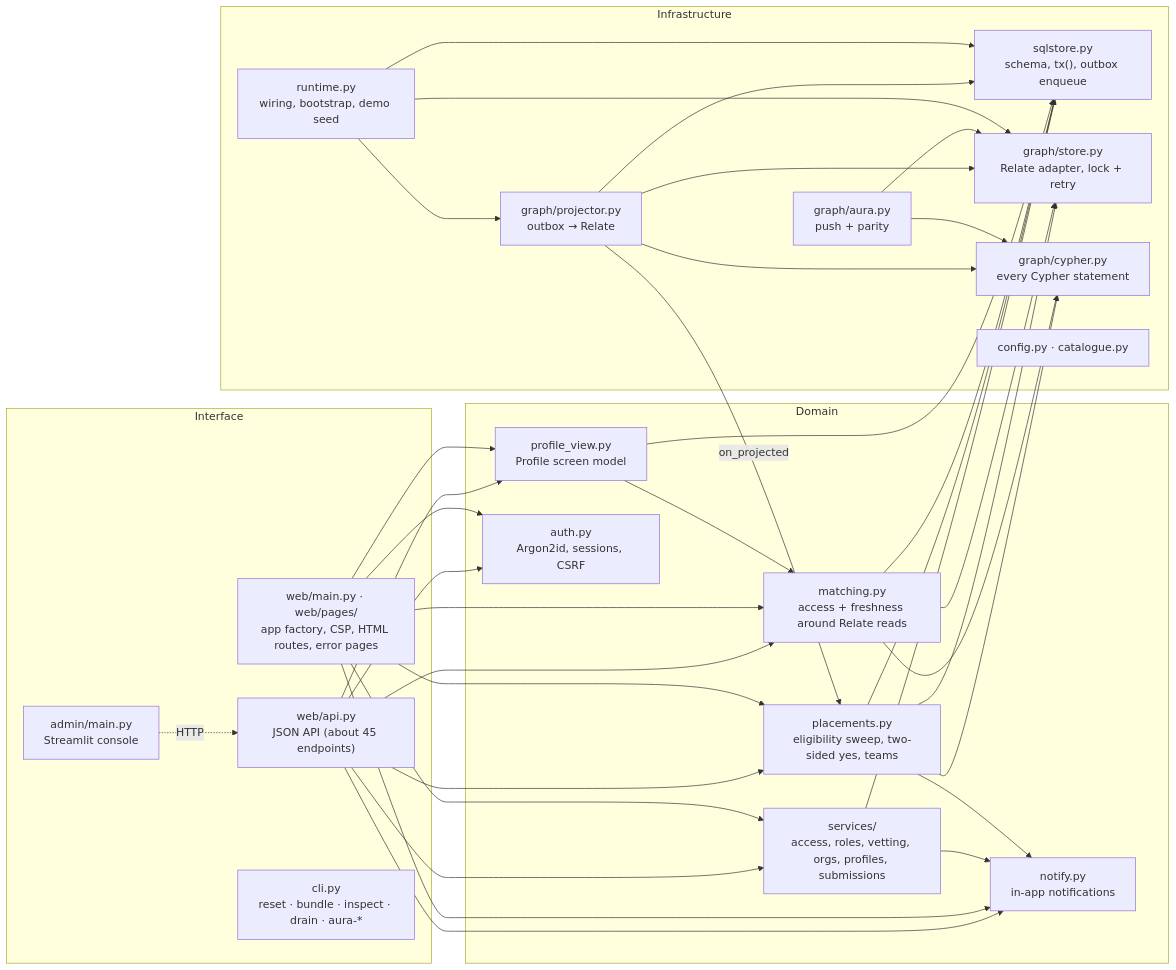
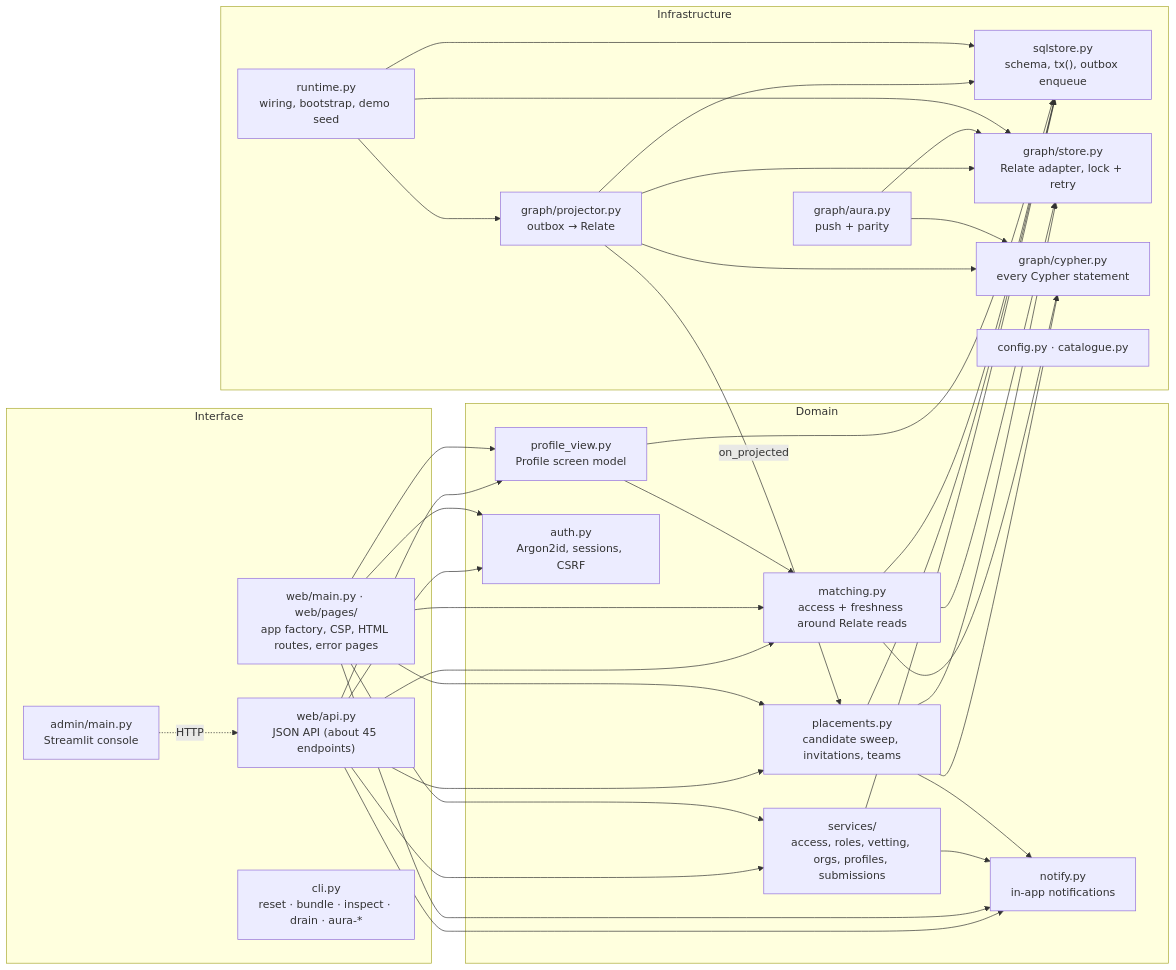
The second of 12 diagrams in docs/content/project/solution-architecture.md (TheCyberScallywag/hackEntry), drawn with Mermaid before and after one commit. The commit also changed other lines of this file and 43 other files, not shown here.

````diff
--- a/docs/content/project/solution-architecture.md
+++ b/docs/content/project/solution-architecture.md
@@ -178,37 +178,37 @@
 ```mermaid
 flowchart LR
   subgraph Interface
     api["web/api.py<br/>JSON API (about 45 endpoints)"]
     main["web/main.py · web/pages/<br/>app factory, CSP, HTML routes, error pages"]
     admin["admin/main.py<br/>Streamlit console"]
     cli["cli.py<br/>reset · bundle · inspect · drain · aura-*"]
   end
   subgraph Domain
     services["services/<br/>access, roles, vetting, orgs, profiles, submissions"]
-    placements["placements.py<br/>eligibility sweep, two-sided yes, teams"]
+    placements["placements.py<br/>candidate sweep, invitations, teams"]
     matching["matching.py<br/>access + freshness around Relate reads"]
     profile["profile_view.py<br/>Profile screen model"]
     notify["notify.py<br/>in-app notifications"]
     auth["auth.py<br/>Argon2id, sessions, CSRF"]
   end
   subgraph Infrastructure
     sqlstore["sqlstore.py<br/>schema, tx(), outbox enqueue"]
     store["graph/store.py<br/>Relate adapter, lock + retry"]
     cypher["graph/cypher.py<br/>every Cypher statement"]
     projector["graph/projector.py<br/>outbox → Relate"]
     aura["graph/aura.py<br/>push + parity"]
     runtime["runtime.py<br/>wiring, bootstrap, demo seed"]
     config["config.py · catalogue.py"]
   end
   api --> services & placements & matching & profile & notify & auth
   main --> services & placements & matching & profile & notify & auth
   admin -. HTTP .-> api
   services --> sqlstore & notify
   placements --> sqlstore & store & cypher & notify
   matching --> sqlstore & store & cypher
   profile --> sqlstore & matching
   projector --> sqlstore & store & cypher
   projector -- on_projected --> placements
   aura --> store & cypher
   runtime --> sqlstore & store & projector
 ```
````
